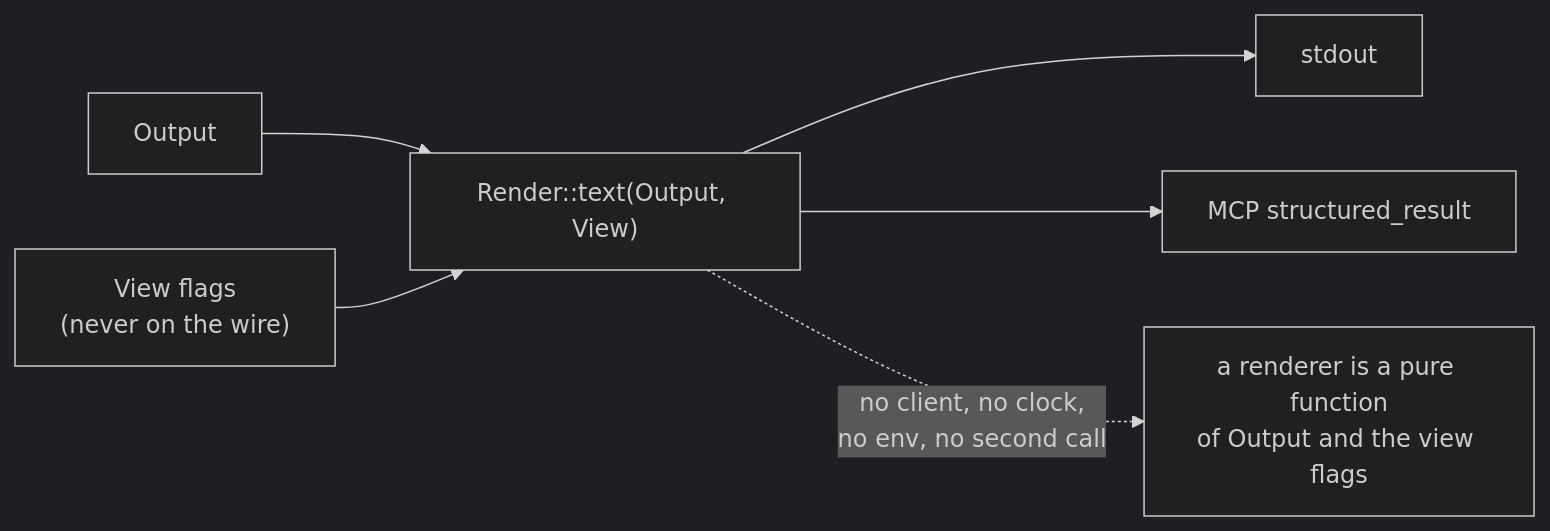
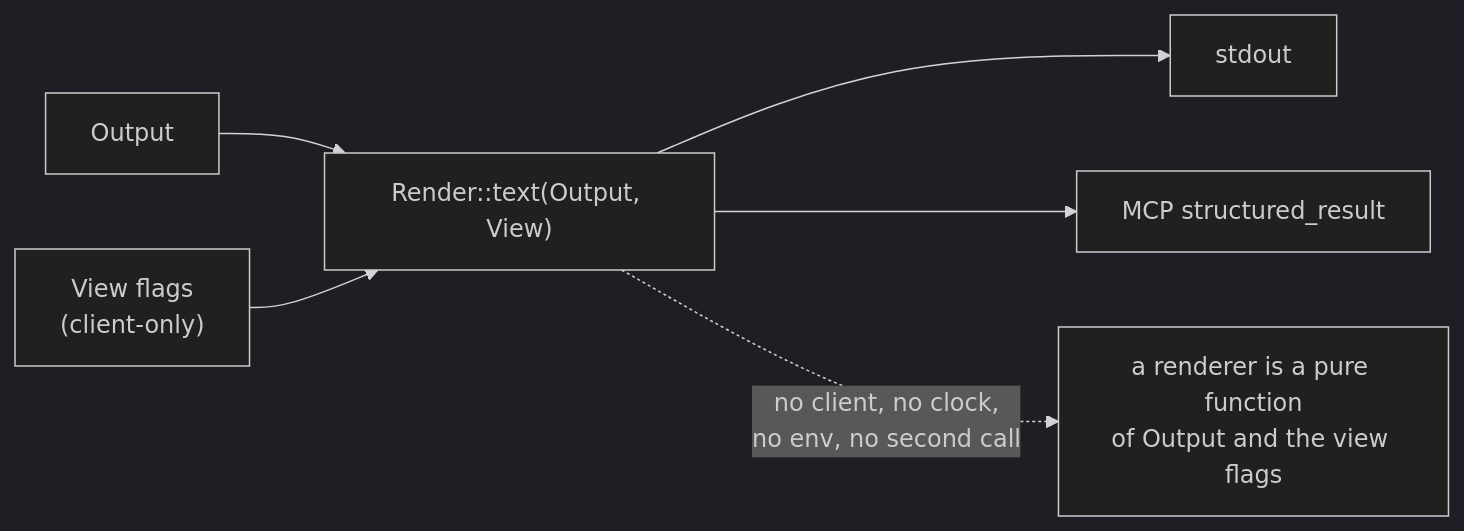
Before and after one commit to marin-community/loom: the seventh of 8 diagrams in docs/operations.md, drawn with Mermaid (dark theme). The commit also changed other lines of this file and 111 other files, not shown here.

````diff
--- a/docs/operations.md
+++ b/docs/operations.md
@@ -297,9 +296,9 @@
 ```mermaid
 flowchart LR
     O["Output"] --> RT["Render::text(Output, View)"]
-    V["View flags<br/>(never on the wire)"] --> RT
+    V["View flags<br/>(client-only)"] --> RT
     RT --> CLI["stdout"]
     RT --> MCP["MCP structured_result"]
 
     RT -.->|"no client, no clock,<br/>no env, no second call"| PURE["a renderer is a pure function<br/>of Output and the view flags"]
 ```
````
